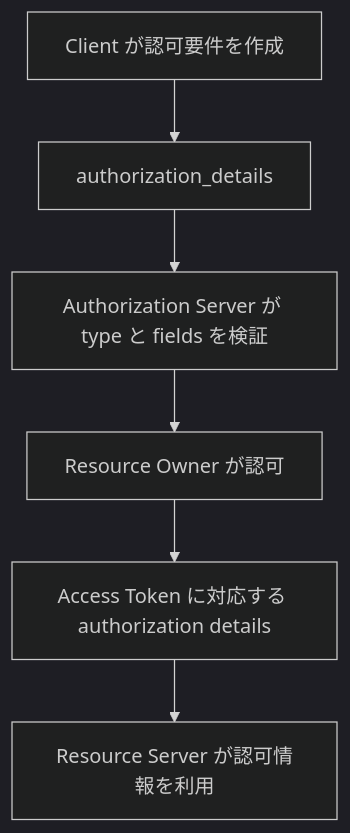
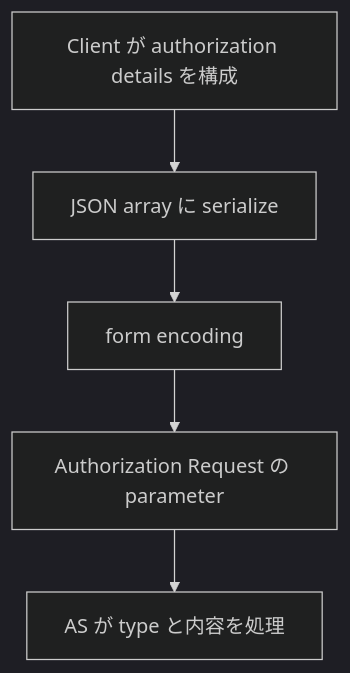
One commit to nbifrye/1548d6d9-8655-48d3-817f-d41469b6b27e changed the diagram in _posts/2026-09-19-rar-authorization-details.md. Above: the diagram before and after it, drawn with Mermaid (dark theme). The commit also changed other lines of this file, not shown here.

Commit message:
Refine RFC 9396 authorization_details article scope and examples

```diff
--- a/_posts/2026-09-19-rar-authorization-details.md
+++ b/_posts/2026-09-19-rar-authorization-details.md
@@ -92,8 +77,12 @@
 <pre class="mermaid">
 flowchart TD
-    A[Client が認可要件を作成] --> B[authorization_details]
-    B --> C[Authorization Server が type と fields を検証]
-    C --> D[Resource Owner が認可]
-    D --> E[Access Token に対応する authorization details]
-    E --> F[Resource Server が認可情報を利用]
+    A[Client が authorization details を構成]
+    B[JSON array に serialize]
+    C[form encoding]
+    D[Authorization Request の parameter]
+    E[AS が type と内容を処理]
+    A --> B
+    B --> C
+    C --> D
+    D --> E
 </pre>
```
